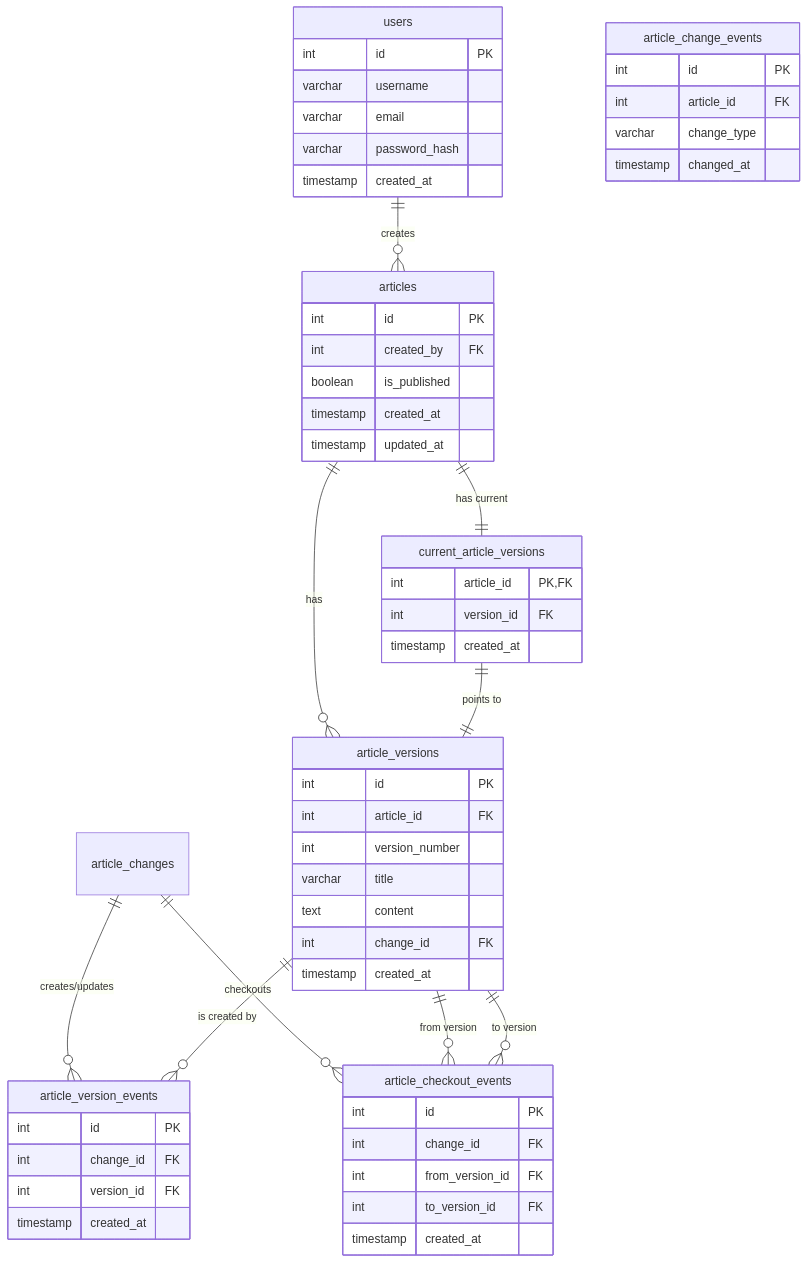
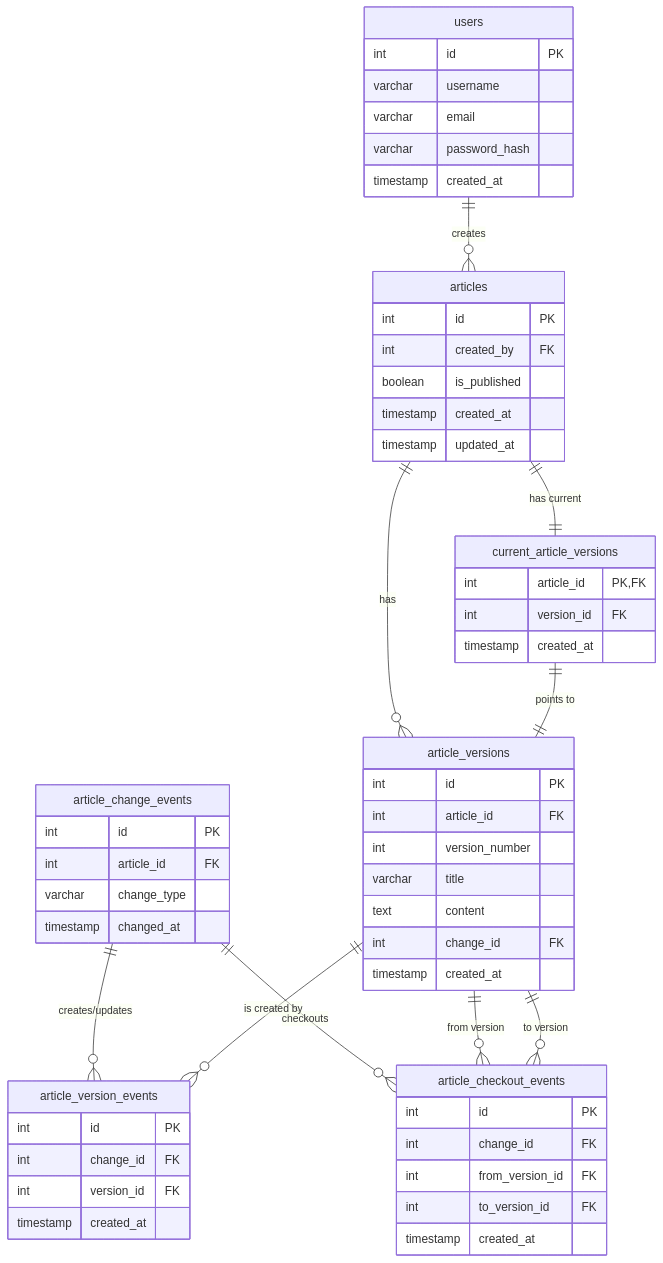
One commit to KJR020/praha-challenge changed the diagram in Database/05_modeling/課題1-1.md. Above: the diagram before and after it, drawn with Mermaid. The commit also changed other lines of this file, not shown here.

Commit message:
📝 article_changes -> article_change_eventsで統一

````diff
--- a/Database/05_modeling/課題1-1.md
+++ b/Database/05_modeling/課題1-1.md
@@ -4,66 +4,66 @@
 ```mermaid
 erDiagram
     users {
         int id PK
         varchar username
         varchar email
         varchar password_hash
         timestamp created_at
     }
     
     articles {
         int id PK
         int created_by FK
         boolean is_published
         timestamp created_at
         timestamp updated_at
     }
     
     article_versions {
         int id PK
         int article_id FK
         int version_number
         varchar title
         text content
         int change_id FK
         timestamp created_at
     }
     
     current_article_versions {
         int article_id PK, FK
         int version_id FK
         timestamp created_at
     }
 
     article_change_events {
         int id PK
         int article_id FK
         varchar change_type
         timestamp changed_at
     }
      
     article_version_events {
         int id PK
         int change_id FK
         int version_id FK
         timestamp created_at
     }
     
     article_checkout_events {
         int id PK
         int change_id FK
         int from_version_id FK
         int to_version_id FK
         timestamp created_at
     }
     
     users ||--o{ articles : "creates"
     articles ||--o{ article_versions : "has"
     articles ||--|| current_article_versions : "has current"
     current_article_versions ||--|| article_versions : "points to"
-    article_changes ||--o{ article_version_events : "creates/updates"
-    article_changes ||--o{ article_checkout_events : "checkouts"
+    article_change_events ||--o{ article_version_events : "creates/updates"
+    article_change_events ||--o{ article_checkout_events : "checkouts"
     article_versions ||--o{ article_version_events : "is created by"
     article_versions ||--o{ article_checkout_events : "from version"
     article_versions ||--o{ article_checkout_events : "to version"
 ```
````
